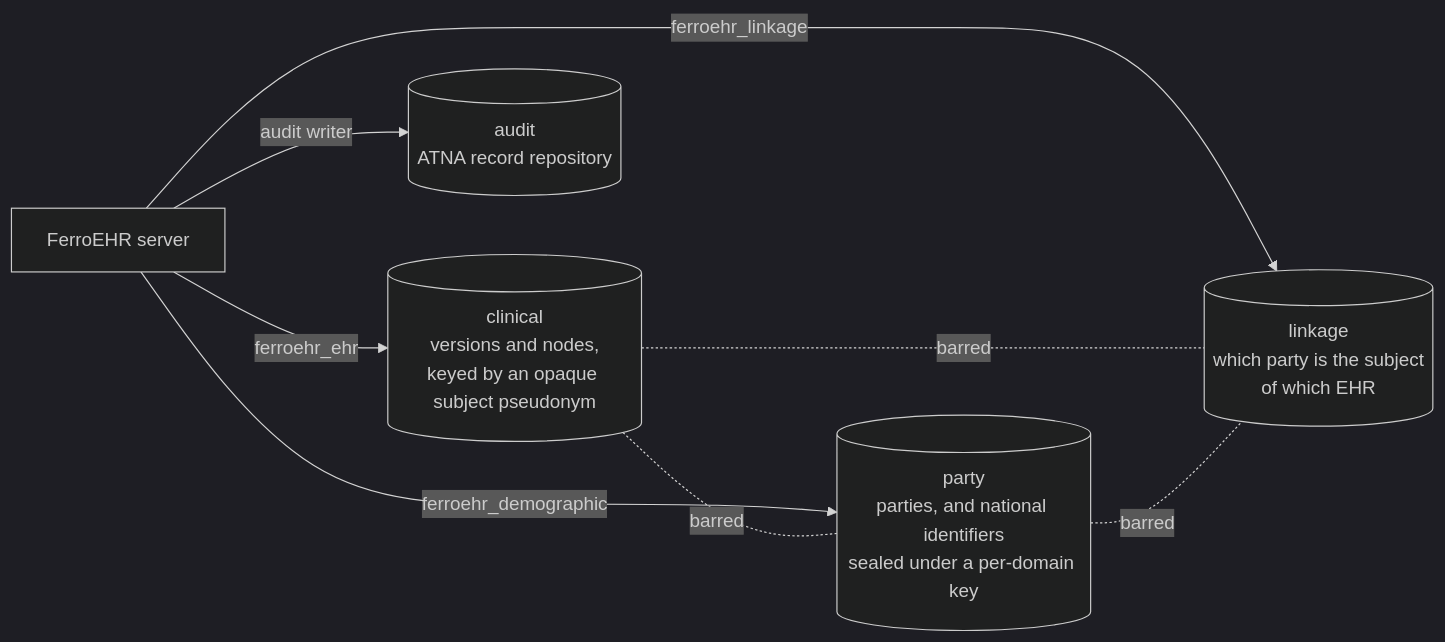
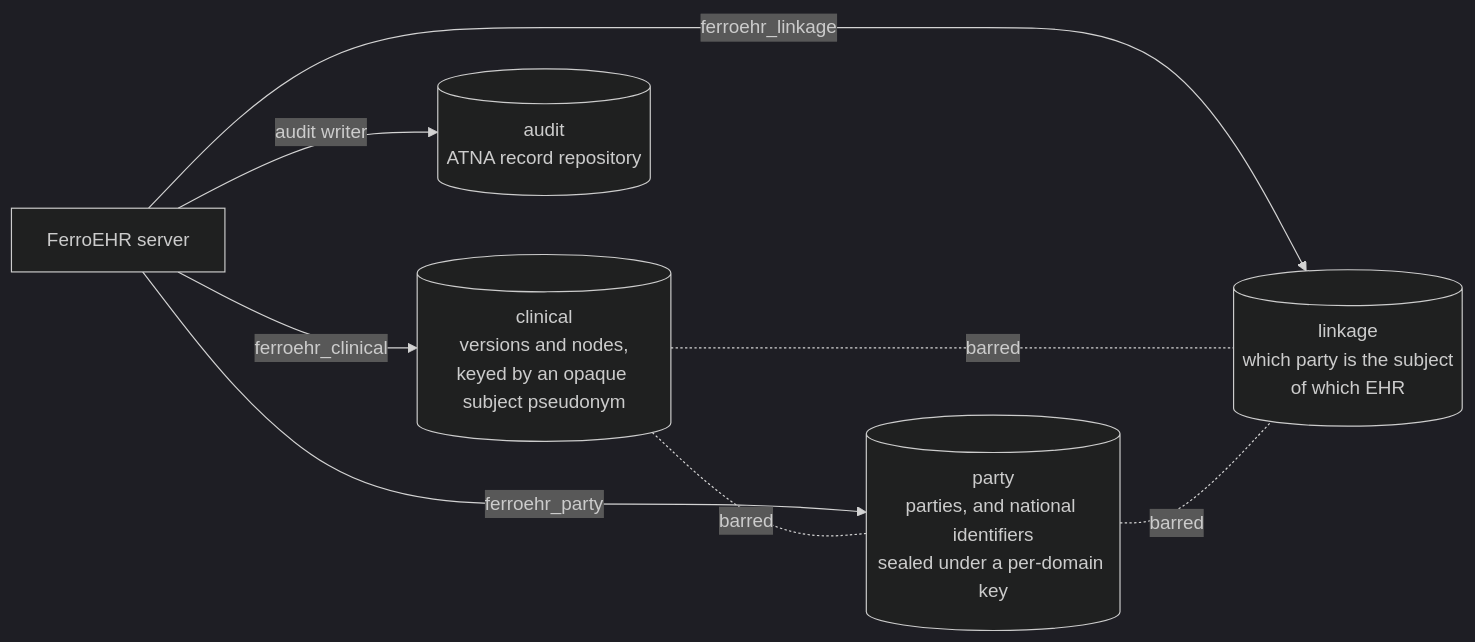
Before and after one commit to rubentalstra/FerroEHR: the diagram in website/book/src/security.md, drawn with Mermaid (dark theme). The commit also changed other lines of this file and 23 other files, not shown here.

Commit message:
docs(storage): the per-domain DSN topology across the chart, compose and the book

````diff
--- a/website/book/src/security.md
+++ b/website/book/src/security.md
@@ -566,11 +566,11 @@
 ```mermaid
 flowchart LR
     server["FerroEHR server"]
-    server -->|ferroehr_ehr| ehr[("clinical<br/>versions and nodes,<br/>keyed by an opaque subject pseudonym")]
-    server -->|ferroehr_demographic| demo[("party<br/>parties, and national identifiers<br/>sealed under a per-domain key")]
+    server -->|ferroehr_clinical| ehr[("clinical<br/>versions and nodes,<br/>keyed by an opaque subject pseudonym")]
+    server -->|ferroehr_party| demo[("party<br/>parties, and national identifiers<br/>sealed under a per-domain key")]
     server -->|ferroehr_linkage| link[("linkage<br/>which party is the subject<br/>of which EHR")]
     server -->|audit writer| audit[("audit<br/>ATNA record repository")]
     ehr -. barred .- demo
     ehr -. barred .- link
     demo -. barred .- link
 ```
````
